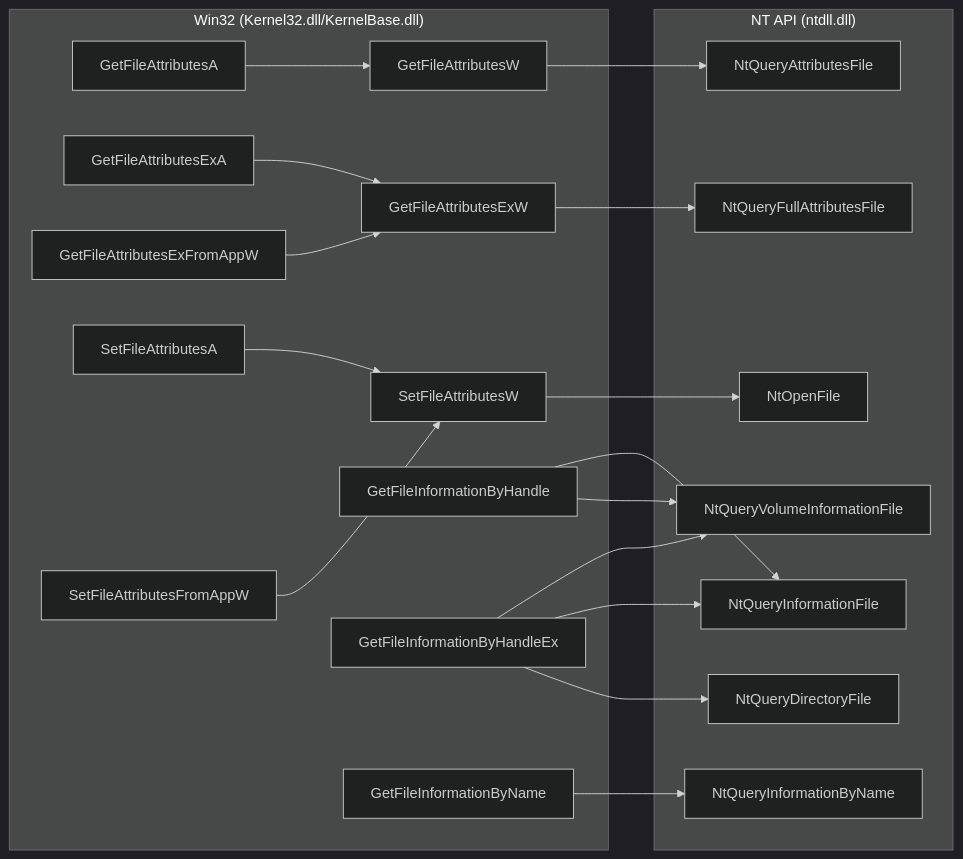
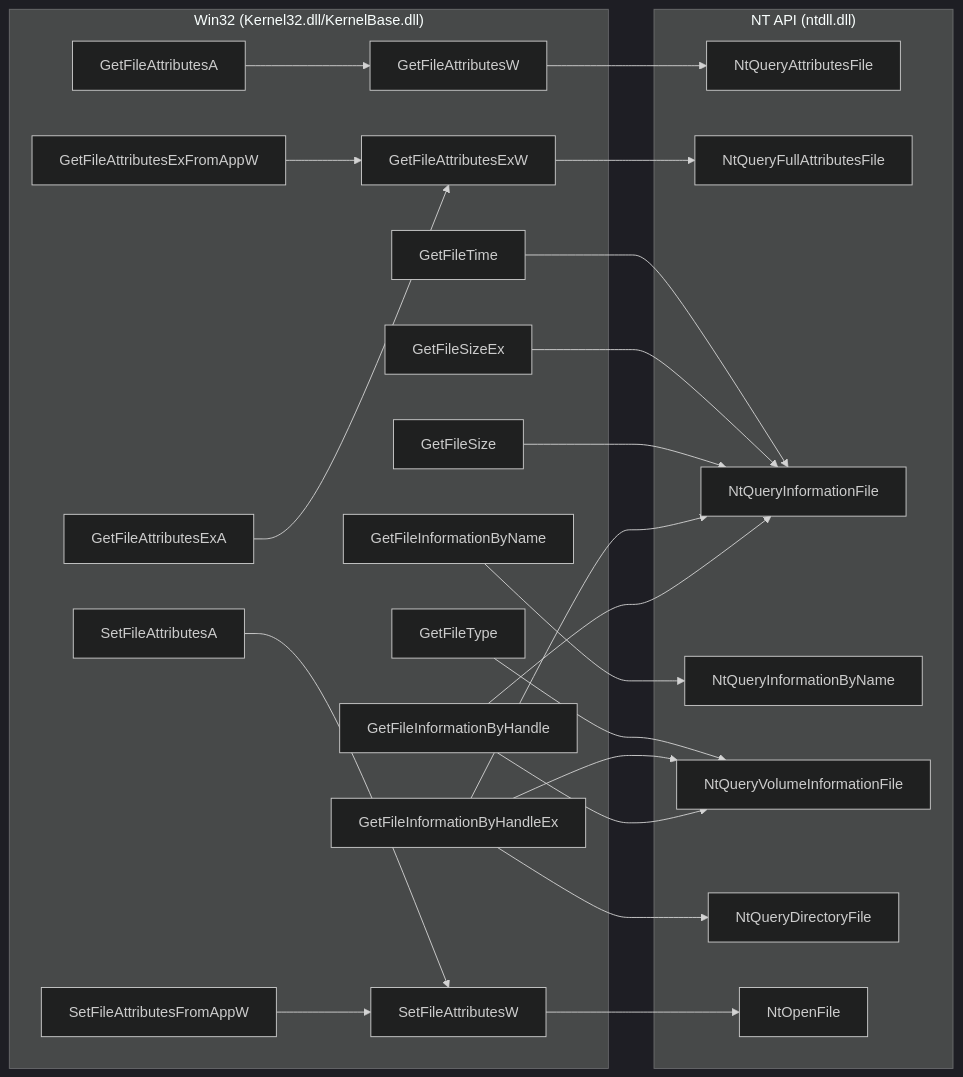
Before and after one commit to Sewer56/vfs-writeup: the fourth of 9 diagrams in docs/index.md, drawn with Mermaid (dark theme). The commit also changed other lines of this file, not shown here.

Commit message:
Added: GetFileSize , GetFileTime, GetFileType

````diff
--- a/docs/index.md
+++ b/docs/index.md
@@ -374,42 +374,50 @@
 ```mermaid
 flowchart LR
     subgraph Win32["Win32 (Kernel32.dll/KernelBase.dll)"]
     GetFileAttributesA
     GetFileAttributesExA
     GetFileAttributesExFromAppW
     GetFileAttributesExW
     GetFileAttributesW
     SetFileAttributesA
     SetFileAttributesFromAppW
     SetFileAttributesW
     GetFileInformationByHandle
     GetFileInformationByHandleEx
     GetFileInformationByName
+    GetFileSize
+    GetFileSizeEx
+    GetFileTime
+    GetFileType
 
     GetFileAttributesA --> GetFileAttributesW
     GetFileAttributesExA --> GetFileAttributesExW
     GetFileAttributesExFromAppW --> GetFileAttributesExW
     SetFileAttributesFromAppW --> SetFileAttributesW
     SetFileAttributesA --> SetFileAttributesW
     end
 
     subgraph NT["NT API (ntdll.dll)"]
     NtQueryAttributesFile
     NtQueryFullAttributesFile
     NtQueryInformationFile
     NtQueryInformationByName
     NtQueryVolumeInformationFile
     NtQueryDirectoryFile
     NtOpenFile
 
     GetFileAttributesExW --> NtQueryFullAttributesFile
     GetFileAttributesW --> NtQueryAttributesFile
     SetFileAttributesW --> NtOpenFile
     GetFileInformationByHandle --> NtQueryVolumeInformationFile
     GetFileInformationByHandle --> NtQueryInformationFile
     GetFileInformationByHandleEx --> NtQueryDirectoryFile
     GetFileInformationByHandleEx --> NtQueryInformationFile
     GetFileInformationByHandleEx --> NtQueryVolumeInformationFile
     GetFileInformationByName --> NtQueryInformationByName
+    GetFileSize --> NtQueryInformationFile
+    GetFileSizeEx --> NtQueryInformationFile
+    GetFileTime --> NtQueryInformationFile
+    GetFileType --> NtQueryVolumeInformationFile
     end
 ```
````
